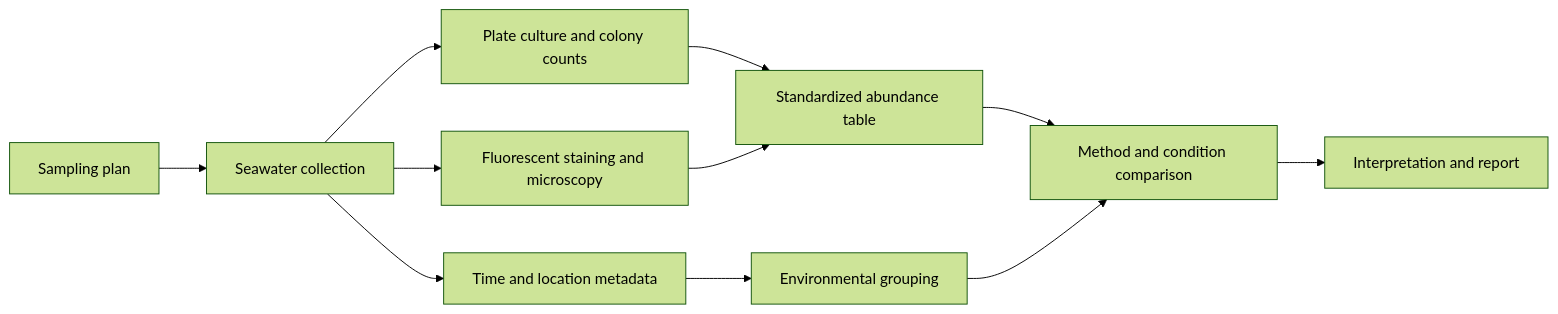
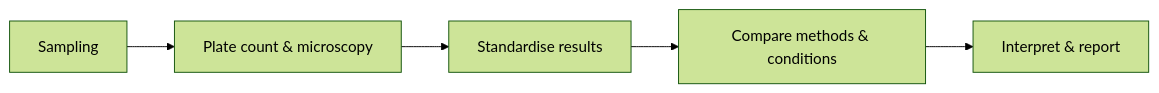
The first of 2 diagrams in projects/marine-microbial-analysis.md (Kandasorat/Kandasorat), drawn with Mermaid (forest theme) before and after one commit. The commit also changed 9 other files, not shown here.

Commit message:
docs: compact project workflow diagrams

````diff
--- a/projects/marine-microbial-analysis.md
+++ b/projects/marine-microbial-analysis.md
@@ -17,13 +17,7 @@
 ```mermaid
 flowchart LR
-    A[Sampling plan] --> B[Seawater collection]
-    B --> C[Time and location metadata]
-    B --> D[Plate culture and colony counts]
-    B --> E[Fluorescent staining and microscopy]
-    D --> F[Standardized abundance table]
-    E --> F
-    C --> G[Environmental grouping]
-    F --> H[Method and condition comparison]
-    G --> H
-    H --> I[Interpretation and report]
+    A[Sampling] --> B[Plate count & microscopy]
+    B --> C[Standardise results]
+    C --> D[Compare methods & conditions]
+    D --> E[Interpret & report]
 ```
````
